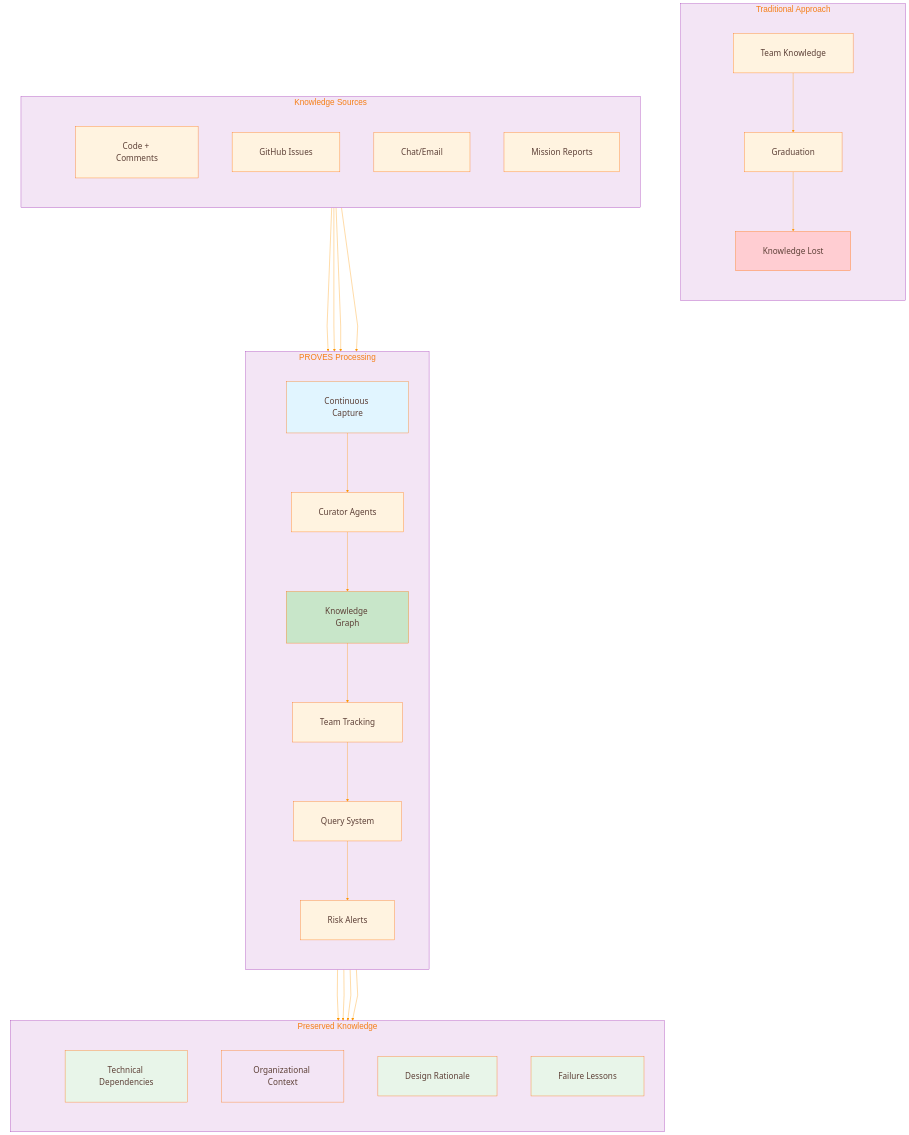
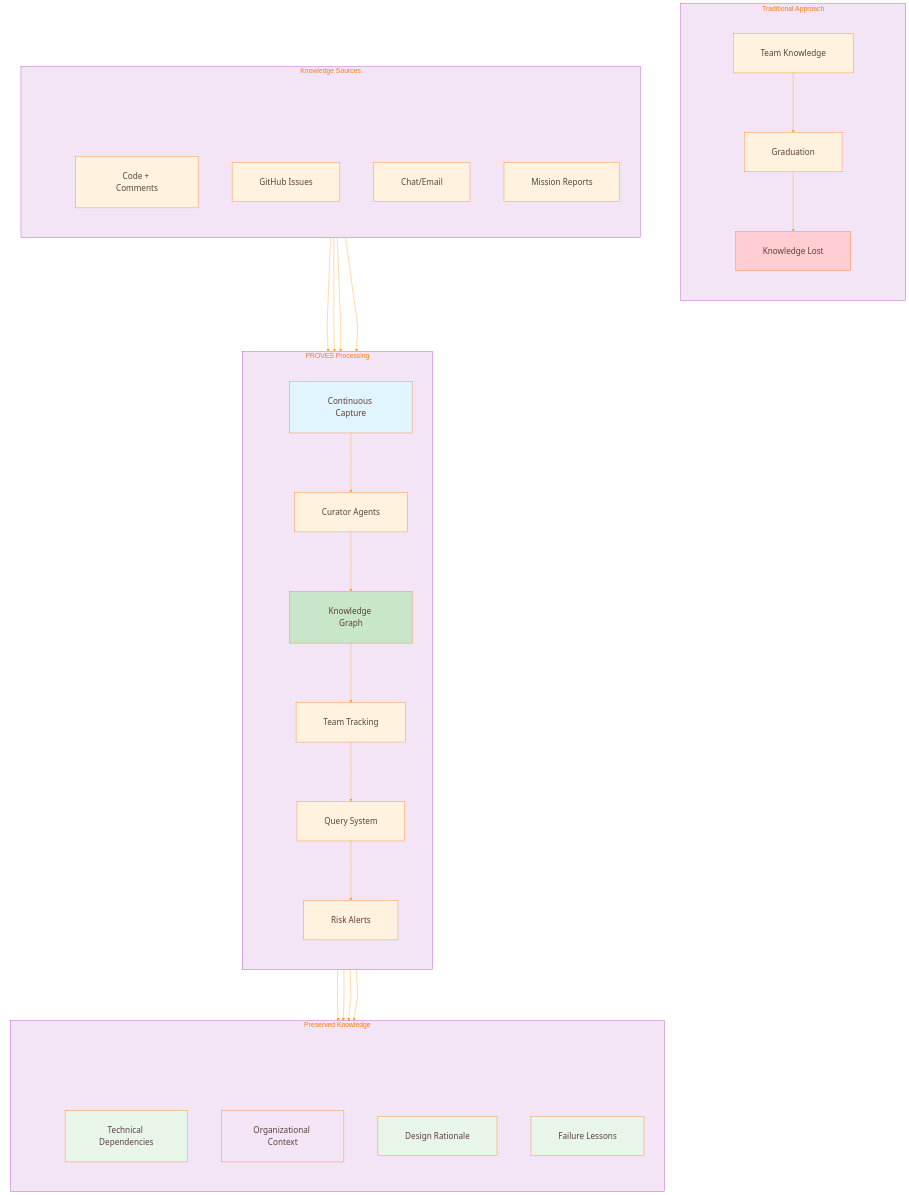
The ninth of 9 diagrams in docs/diagrams/team-boundaries.md (phantom-man/PROVES_LIBRARY), drawn with Mermaid before and after one commit. The commit also changed other lines of this file, not shown here.

Commit message:
Add extra spacer nodes to PROVES Library Solution diagram for heading clearance

```diff
--- a/docs/diagrams/team-boundaries.md
+++ b/docs/diagrams/team-boundaries.md
@@ -2007,7 +2007,7 @@
 ---
 config:
   theme: base
-  fontSize: 24
+  fontSize: 20
   themeVariables:
     primaryColor: '#FFF3E0'
     secondaryColor: '#F3E5F5'
@@ -2022,7 +2022,7 @@
     textColor: '#5D4037'
     lineColor: '#FF9800'
     fontFamily: '"Segoe UI", Tahoma, Geneva, Verdana, sans-serif'
-    fontSize: '24px'
+    fontSize: '20px'
     nodeBorder: '#FF6F00'
     mainBkg: '#FFF3E0'
     clusterBkg: '#F3E5F5'
@@ -2078,7 +2078,7 @@
     attributeBackgroundColorOdd: '#FFF8E1'
     attributeBackgroundColorEven: '#FFF3E0'
   gantt:
-    fontSize: 24
+    fontSize: 20
     barHeight: 24
     barGap: 6
     topPadding: 50
@@ -2146,7 +2146,7 @@
     chartWidth: 500
     chartHeight: 500
     titlePadding: 10
-    titlefontSize: 24
+    titleFontSize: 20
     quadrantPadding: 5
     quadrantTextTopPadding: 5
     quadrantLabelFontSize: 16
@@ -2186,28 +2186,34 @@
 flowchart TB
     subgraph "Traditional Approach"
         direction TB
-        spacer12[" "]:::spacer
+        spacer12[ ]:::spacer
+        spacer12a[ ]:::spacer
         TRAD_TEAM[Team Knowledge]
         TRAD_GRAD[Graduation]
         TRAD_LOSS[Knowledge Lost]
         TRAD_SPACER2[" "]:::spacer
         
+        spacer12 ~~~ spacer12a
         TRAD_TEAM --> TRAD_GRAD
         TRAD_GRAD --> TRAD_LOSS
     end
 
     subgraph "Knowledge Sources"
         direction TB
-        spacer13[" "]:::spacer
+        spacer13[ ]:::spacer
+        spacer13a[ ]:::spacer
         SRC_CODE[Code + Comments]
         SRC_ISSUES[GitHub Issues]
         SRC_CHAT[Chat/Email]
         SRC_EMPIRICAL[Mission Reports]
+        
+        spacer13 ~~~ spacer13a
     end
 
     subgraph "PROVES Processing"
         direction TB
-        spacer14[" "]:::spacer
+        spacer14[ ]:::spacer
+        spacer14a[ ]:::spacer
         LIB_CAPTURE[Continuous Capture]
         LIB_AGENTS[Curator Agents]
         LIB_GRAPH[Knowledge Graph]
@@ -2215,6 +2221,7 @@
         LIB_QUERY[Query System]
         LIB_ALERT[Risk Alerts]
         
+        spacer14 ~~~ spacer14a
         LIB_CAPTURE --> LIB_AGENTS
         LIB_AGENTS --> LIB_GRAPH
         LIB_GRAPH --> LIB_FRAMES
@@ -2224,11 +2231,14 @@
 
     subgraph "Preserved Knowledge"
         direction TB
-        spacer15[" "]:::spacer
+        spacer15[ ]:::spacer
+        spacer15a[ ]:::spacer
         PRES_TECH[Technical Dependencies]
         PRES_ORG[Organizational Context]
         PRES_WHY[Design Rationale]
         PRES_FAIL[Failure Lessons]
+        
+        spacer15 ~~~ spacer15a
     end
 
     SRC_CODE --> LIB_CAPTURE
```
